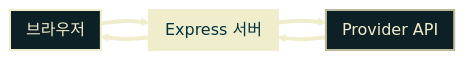
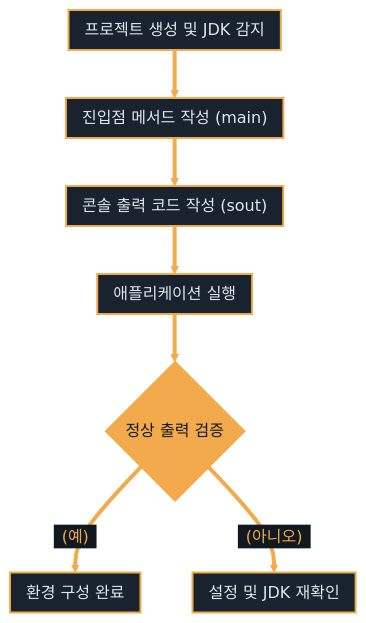
Before and after one commit to qus0in/slide-maker: the diagram in slides.md, drawn with Mermaid. The commit also changed other lines of this file, not shown here.

````diff
--- a/slides.md
+++ b/slides.md
@@ -313,26 +161,26 @@
 ```mermaid
 ---
 config:
   themeVariables:
-    lineColor: "#F0EDCC"
-    arrowheadColor: "#F0EDCC"
-    edgeLabelBackground: "#02343F"
+    lineColor: "#F2AA4C"
+    arrowheadColor: "#F2AA4C"
+    edgeLabelBackground: "#101820"
   flowchart:
     padding: 8
     nodeSpacing: 52
     rankSpacing: 48
 ---
-flowchart LR
-  A["브라우저"] --> B["Express 서버"]
-  B --> C["Provider API"]
-  C --> B
-  B --> A
+flowchart TD
+  A["프로젝트 생성 및 JDK 감지"] --> B["진입점 메서드 작성 (main)"]
+  B --> C["콘솔 출력 코드 작성 (sout)"]
+  C --> D["애플리케이션 실행"]
+  D --> E{"정상 출력 검증"}
+  E -->|"<span style='padding:8px;color:#F2AA4C;'>(예)</span>"| F["환경 구성 완료"]
+  E -->|"<span style='padding:8px;color:#F2AA4C;'>(아니오)</span>"| G["설정 및 JDK 재확인"]
 
-  class A client
-  class B server
-  class C provider
-  classDef client fill:#0d2026,stroke:#F0EDCC,color:#F0EDCC,stroke-width:2px
-  classDef server fill:#F0EDCC,stroke:#F0EDCC,color:#02343F,stroke-width:2px
-  classDef provider fill:#0d2026,stroke:#BDBA9B,color:#F0EDCC,stroke-width:2px
-  linkStyle default stroke:#F0EDCC,stroke-width:4px
+  class A,B,C,D,F,G step
+  class E start
+  classDef start fill:#F2AA4C,stroke:#F2AA4C,color:#101820,stroke-width:2px
+  classDef step fill:#18232F,stroke:#F2AA4C,color:#E0E6ED,stroke-width:2px
+  linkStyle default stroke:#F2AA4C,stroke-width:4px
 ```
````
